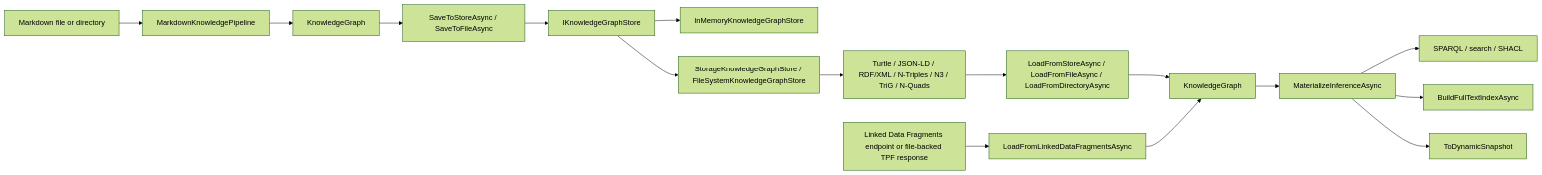
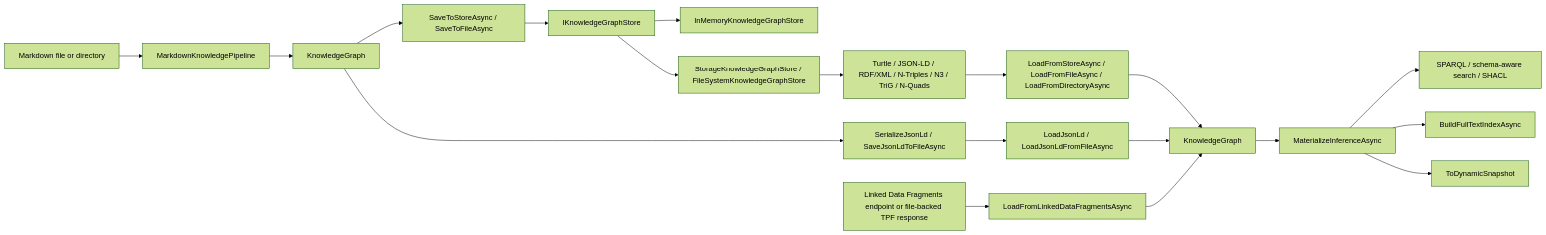
One commit to managedcode/markdown-ld-kb changed the first of 3 diagrams in docs/Features/GraphRuntimeLifecycle.md. Above: the diagram before and after it, drawn with Mermaid (forest theme). The commit also changed other lines of this file and 37 other files, not shown here.

First line of the commit message:
Add schema-aware graph production pipeline

````diff
--- a/docs/Features/GraphRuntimeLifecycle.md
+++ b/docs/Features/GraphRuntimeLifecycle.md
@@ -19,18 +20,21 @@
 ```mermaid
 flowchart LR
     Md["Markdown file or directory"] --> Pipeline["MarkdownKnowledgePipeline"]
     Pipeline --> Graph["KnowledgeGraph"]
     Graph --> Save["SaveToStoreAsync / SaveToFileAsync"]
+    Graph --> JsonLd["SerializeJsonLd / SaveJsonLdToFileAsync"]
+    JsonLd --> JsonLdReload["LoadJsonLd / LoadJsonLdFromFileAsync"]
     Save --> Store["IKnowledgeGraphStore"]
     Store --> Memory["InMemoryKnowledgeGraphStore"]
     Store --> Storage["StorageKnowledgeGraphStore / FileSystemKnowledgeGraphStore"]
     Storage --> RdfFile["Turtle / JSON-LD / RDF/XML / N-Triples / N3 / TriG / N-Quads"]
     RdfFile --> Reload["LoadFromStoreAsync / LoadFromFileAsync / LoadFromDirectoryAsync"]
     Reload --> Graph2["KnowledgeGraph"]
+    JsonLdReload --> Graph2
     Graph2 --> Infer["MaterializeInferenceAsync"]
-    Infer --> Query["SPARQL / search / SHACL"]
+    Infer --> Query["SPARQL / schema-aware search / SHACL"]
     Infer --> FullText["BuildFullTextIndexAsync"]
     Infer --> Dynamic["ToDynamicSnapshot"]
     Ldf["Linked Data Fragments endpoint or file-backed TPF response"] --> Materialize["LoadFromLinkedDataFragmentsAsync"]
     Materialize --> Graph2
 ```
````
